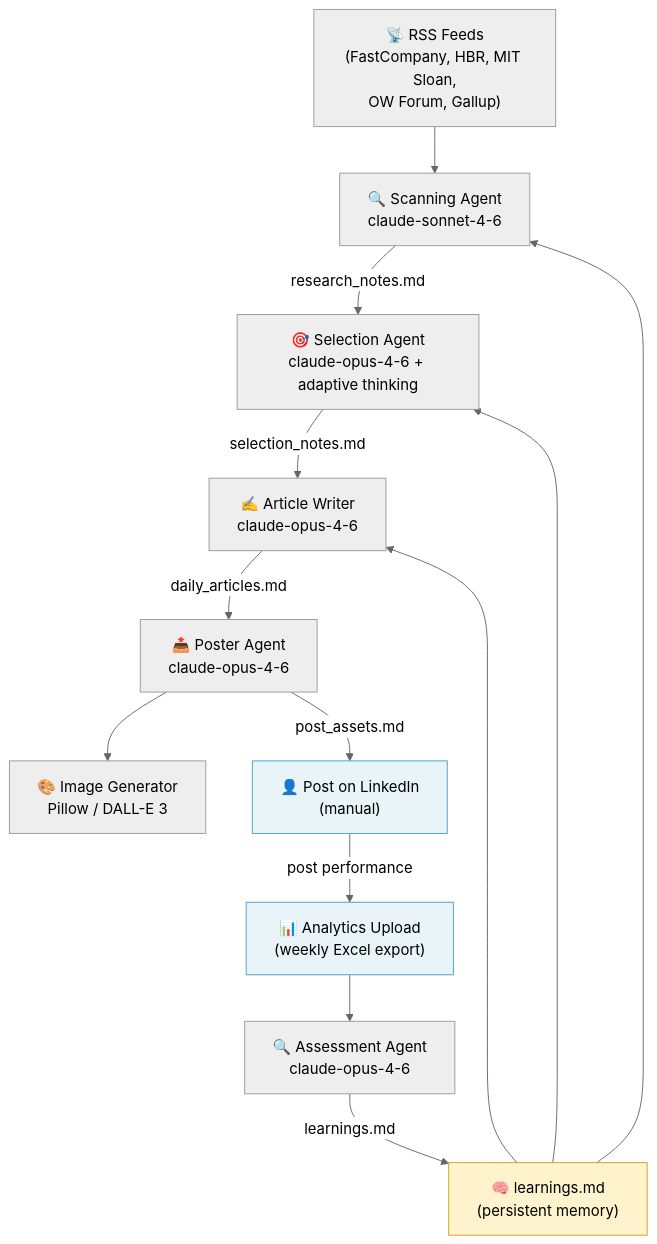
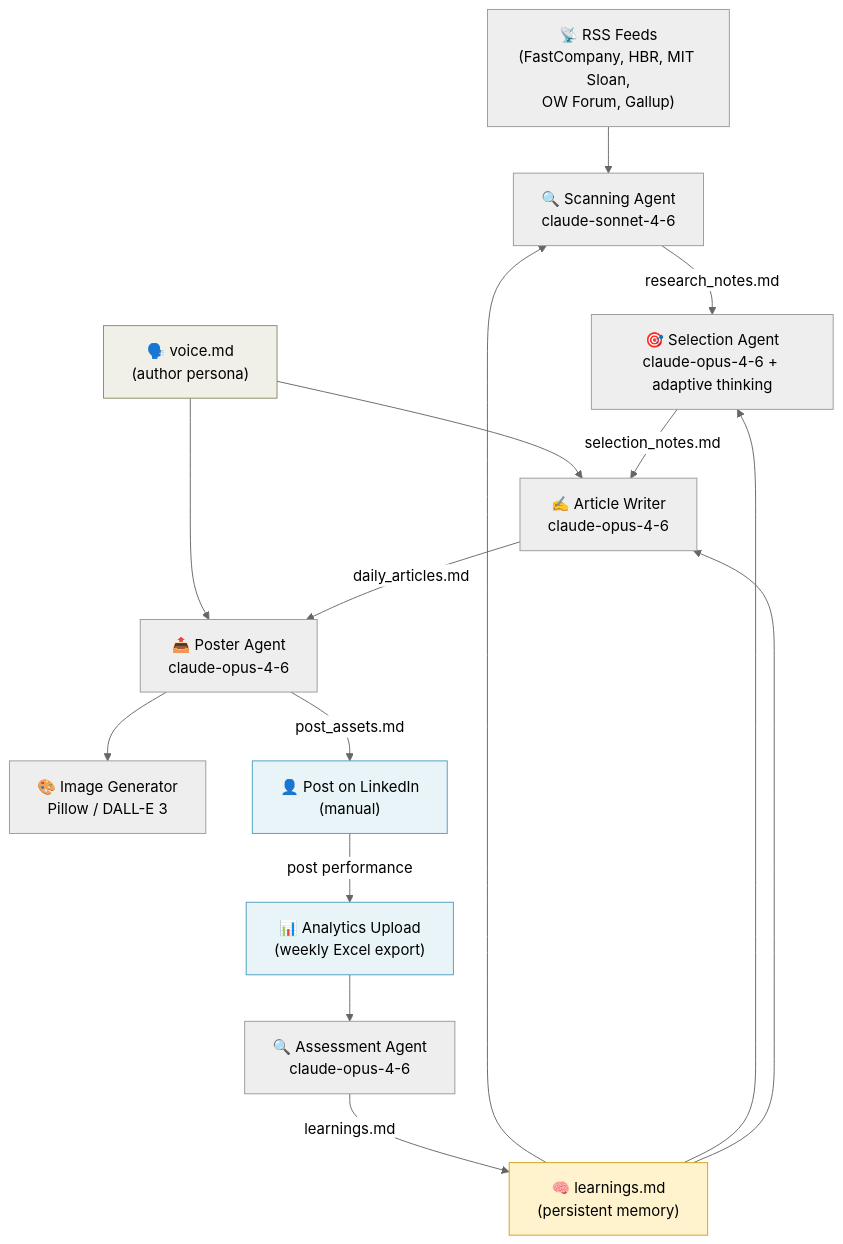
Before and after one commit to bschmaus/linkedin-leadership-agent: the diagram in README.md, drawn with Mermaid (neutral theme). The commit also changed other lines of this file, not shown here.

Commit message:
Add voice.md to diagram; fix clone URL (was placeholder)

````diff
--- a/README.md
+++ b/README.md
@@ -11,30 +11,34 @@
 ```mermaid
 flowchart TD
     RSS["📡 RSS Feeds\n(FastCompany, HBR, MIT Sloan,\nOW Forum, Gallup)"]
     SCAN["🔍 Scanning Agent\nclaude-sonnet-4-6"]
     SELECT["🎯 Selection Agent\nclaude-opus-4-6 + adaptive thinking"]
     WRITE["✍️ Article Writer\nclaude-opus-4-6"]
     POST["📤 Poster Agent\nclaude-opus-4-6"]
     IMAGE["🎨 Image Generator\nPillow / DALL-E 3"]
     HUMAN["👤 Post on LinkedIn\n(manual)"]
     ANALYTICS["📊 Analytics Upload\n(weekly Excel export)"]
     ASSESS["🔍 Assessment Agent\nclaude-opus-4-6"]
     LEARN["🧠 learnings.md\n(persistent memory)"]
+    VOICE["🗣️ voice.md\n(author persona)"]
 
     RSS --> SCAN
     LEARN --> SCAN
     LEARN --> SELECT
     LEARN --> WRITE
+    VOICE --> WRITE
+    VOICE --> POST
     SCAN -->|research_notes.md| SELECT
     SELECT -->|selection_notes.md| WRITE
     WRITE -->|daily_articles.md| POST
     POST --> IMAGE
     POST -->|post_assets.md| HUMAN
     HUMAN -->|post performance| ANALYTICS
     ANALYTICS --> ASSESS
     ASSESS -->|learnings.md| LEARN
 
     style HUMAN fill:#e8f4f8,stroke:#4a9ebe
     style ANALYTICS fill:#e8f4f8,stroke:#4a9ebe
     style LEARN fill:#fff3cd,stroke:#d4a017
+    style VOICE fill:#f0f0e8,stroke:#8a8a60
 ```
````
